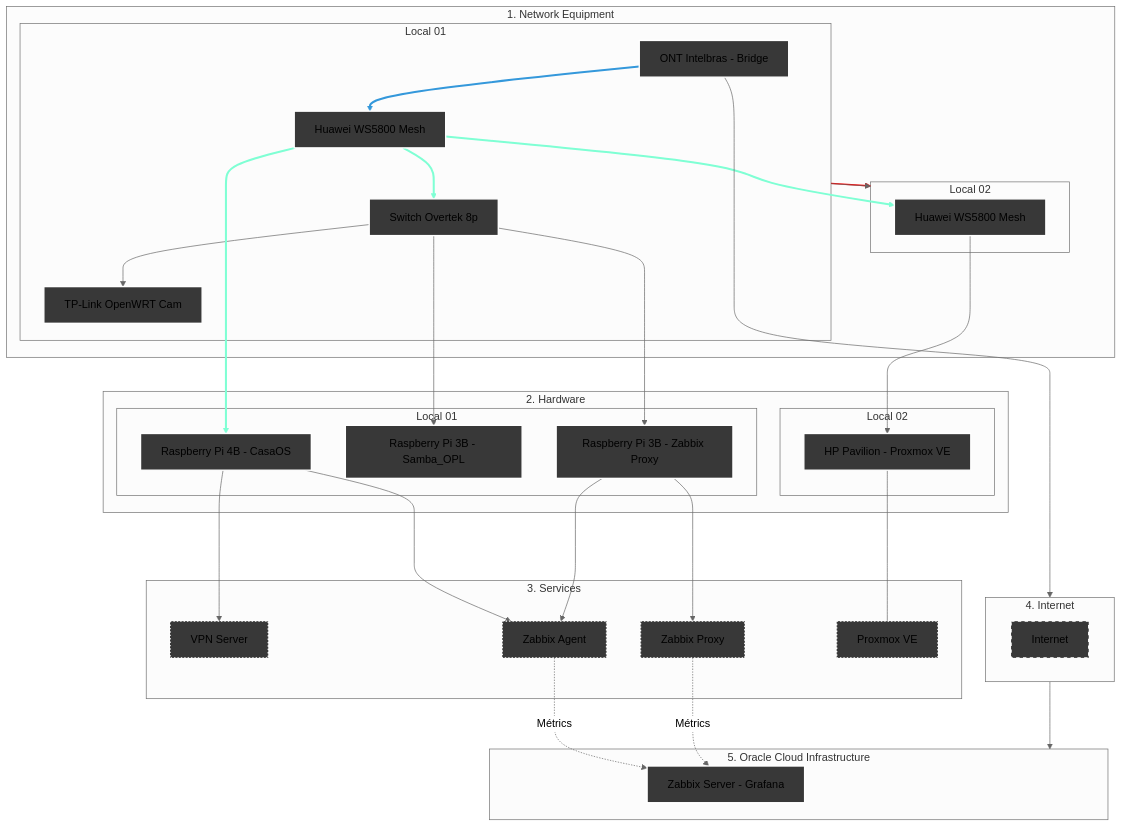
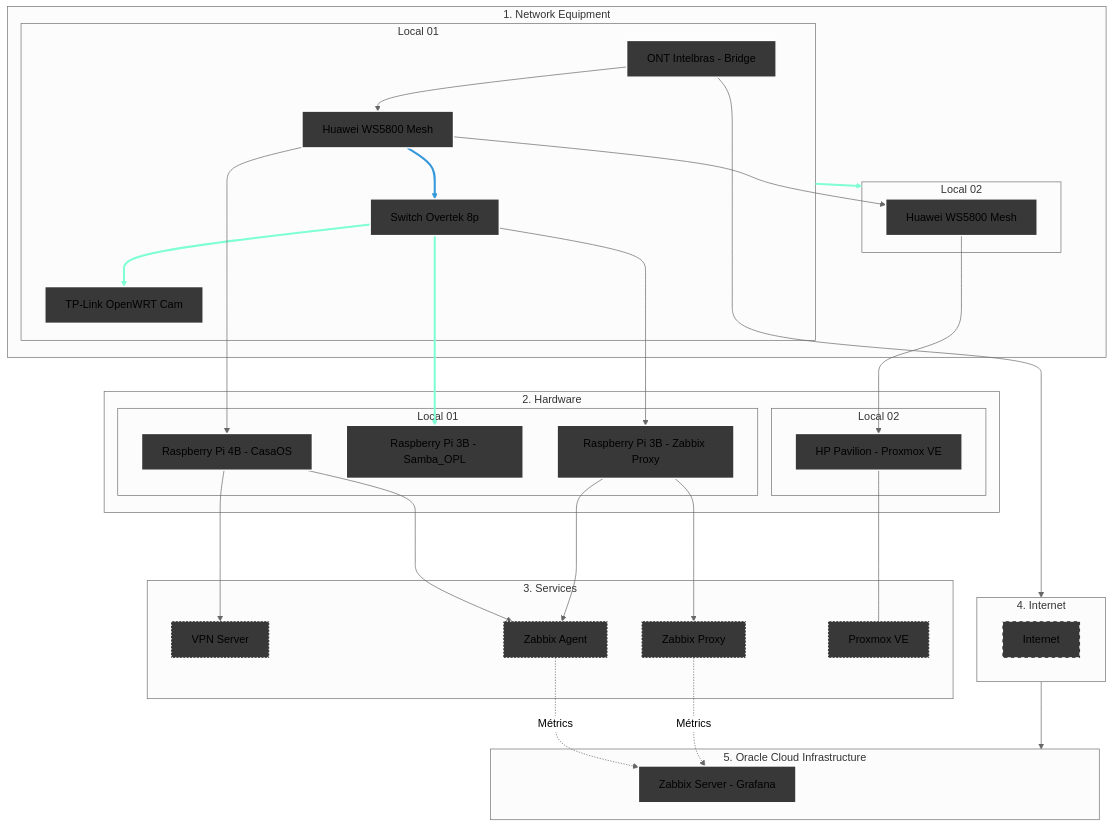
The diagram in Infraestructure/README.md (kevindexter22/Dr-Hardware-Autonet), drawn with Mermaid (neutral theme) before and after one commit.

````diff
--- a/Infraestructure/README.md
+++ b/Infraestructure/README.md
@@ -13,71 +13,66 @@
 ```mermaid
 graph TD
     %% Styles
     classDef network fill:#383838,stroke:#FFFFFF,stroke-width:2px;
     classDef hardware fill:#383838,stroke:#FFFFFF,stroke-width:2px;
     classDef internet fill:#383838,stroke:#FFFFFF,stroke-width:2px,stroke-dasharray: 5 5;
     classDef services fill:#383838,stroke:#FFFFFF,stroke-width:2px, stroke-dasharray: 2 3;
     classDef oci fill:#383838,stroke:#FFFFFF,stroke-width:2px;
-
-    S1 --> S2
-    
-    %% Colorir a primeira linha (S1-->S2) de vermelho
-    linkStyle 0 stroke:red,stroke-width:2px;
 
     %% 1. NETWORK EQUIPMENT
     subgraph Principal["1. Network Equipment"]
     subgraph S1 [Local 01]
         ONT[ONT Intelbras - Bridge]:::network --> R_Mesh1[Huawei WS5800 Mesh]:::network
         R_Mesh1 --> SW1[Switch Overtek 8p]:::network
         SW1 --> R_Cams[TP-Link OpenWRT Cam]:::network    
     end
     subgraph S2 [Local 02]
         R_Mesh1 --> R_Mesh2[Huawei WS5800 Mesh]:::network
     end
     S1 --> S2
     end
     
     %% 2. HARDWARE
     subgraph Principal02["2. Hardware"]
     subgraph S3 [Local 01]
         R_Mesh1 ---> RPi4B[Raspberry Pi 4B - CasaOS]:::hardware
         SW1 ---> RPi3B_1[Raspberry Pi 3B - Samba_OPL]:::hardware
         SW1 ---> RPi3B_2[Raspberry Pi 3B - Zabbix Proxy]:::hardware
     end
     subgraph S4 [Local 02]
         R_Mesh2 ---> HP[HP Pavilion - Proxmox VE]:::hardware
     end
     end
 
     %% 3. SERVICES     
     subgraph S5 [3. Services];
         RPi4B ---> VPN[VPN Server]:::services
         RPi4B ---> ZA[Zabbix Agent]:::services
         RPi3B_2 ---> ZA[Zabbix Agent]:::services
         RPi3B_2 ---> ZP[Zabbix Proxy]:::services
         HP --- PVE[Proxmox VE]:::services        
     end
 
     %% 4. Internet (The Bridge)
     subgraph S6 [4. Internet]
            internet[Internet]:::internet
     end
 
     %% 5. Oracle Cloud Infrastructure
     subgraph S7 [5. Oracle Cloud Infrastructure]
         ZS[Zabbix Server - Grafana]:::oci
     end
 
     %% Conections of data flow
     ONT --> S6
     S6 --> S7
     
     %% Logical conections
     ZA -.-> |Métrics| ZS
     ZP -.-> |Métrics| ZS 
 
     %% --- Set collor on conections ---
     
     linkStyle 1 stroke:#3498db,stroke-width:3px;
     linkStyle 2,4,6 stroke:#7FFFD4,stroke-width:3px;
 ```
````
